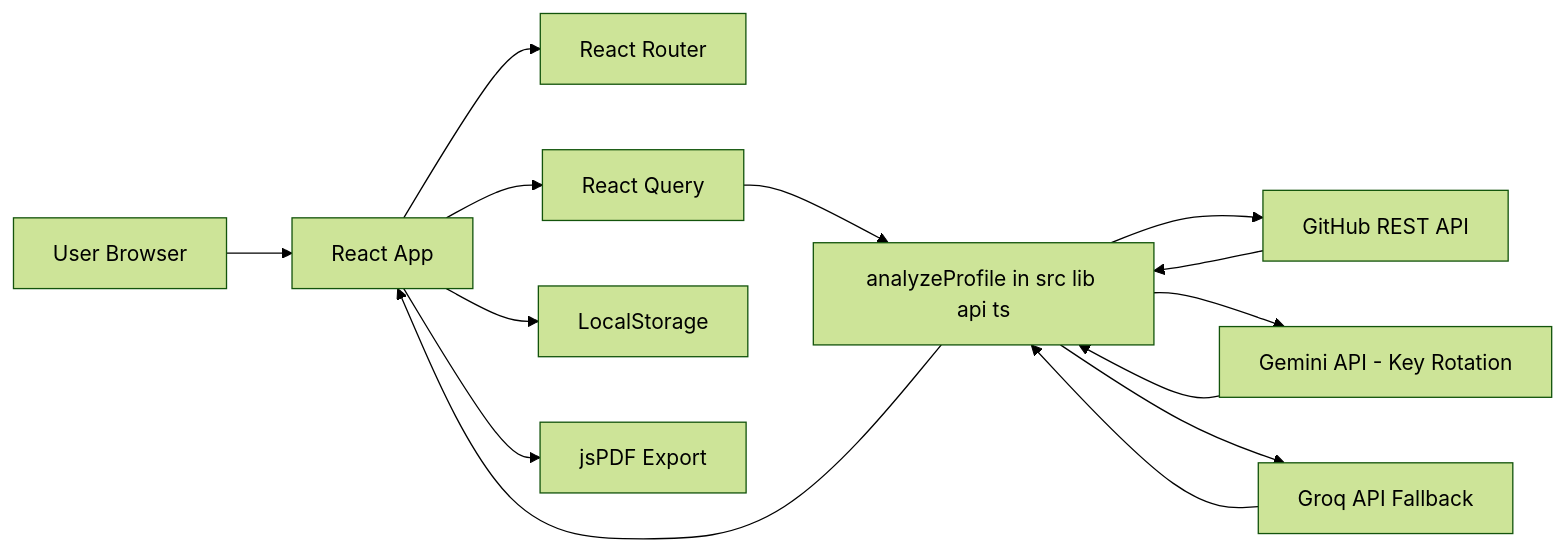
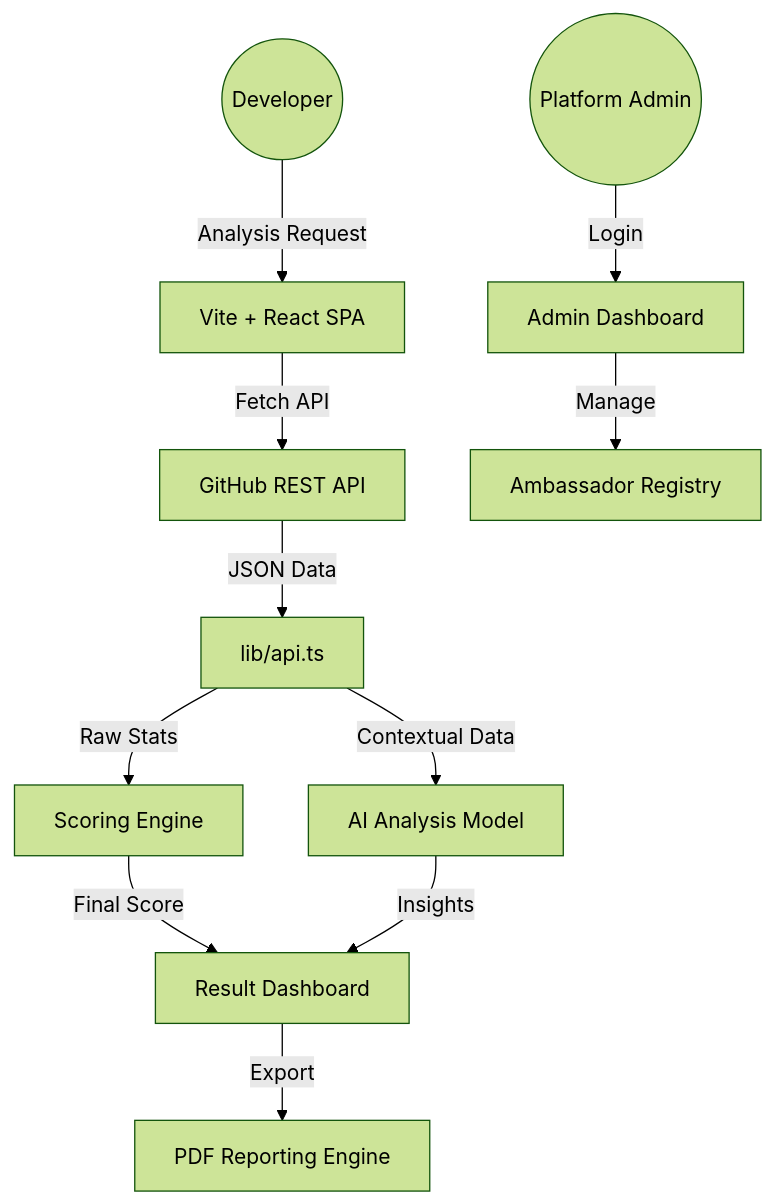
The diagram in ARCHITECTURE.md (KGFCH2/GitInsight-AI), drawn with Mermaid (forest theme) before and after one commit. The commit also changed other lines of this file, not shown here.

Commit message:
Update system architecture documentation with neat mermaid diagrams

````diff
--- a/ARCHITECTURE.md
+++ b/ARCHITECTURE.md
@@ -7,18 +7,13 @@
 ```mermaid
-flowchart LR
-   U[User Browser] --> UI[React App]
-   UI --> R[React Router]
-   UI --> Q[React Query]
-   UI --> LS[LocalStorage]
-   UI --> PDF[jsPDF Export]
-
-   Q --> API[analyzeProfile in src lib api ts]
-   API --> GH[GitHub REST API]
-   API --> G1[Gemini API - Key Rotation]
-   API --> G2[Groq API Fallback]
-
-   GH --> API
-   G1 --> API
-   G2 --> API
-   API --> UI
+graph TD
+    User((Developer)) -->|Analysis Request| Frontend[Vite + React SPA]
+    Frontend -->|Fetch API| GitHubAPI[GitHub REST API]
+    GitHubAPI -->|JSON Data| DataProcessor[lib/api.ts]
+    DataProcessor -->|Raw Stats| ScoreEngine[Scoring Engine]
+    DataProcessor -->|Contextual Data| AI_Model[AI Analysis Model]
+    ScoreEngine -->|Final Score| UI[Result Dashboard]
+    AI_Model -->|Insights| UI
+    UI -->|Export| PDF[PDF Reporting Engine]
+    Admin((Platform Admin)) -->|Login| AdminTerminal[Admin Dashboard]
+    AdminTerminal -->|Manage| Registry[Ambassador Registry]
 ```
````
